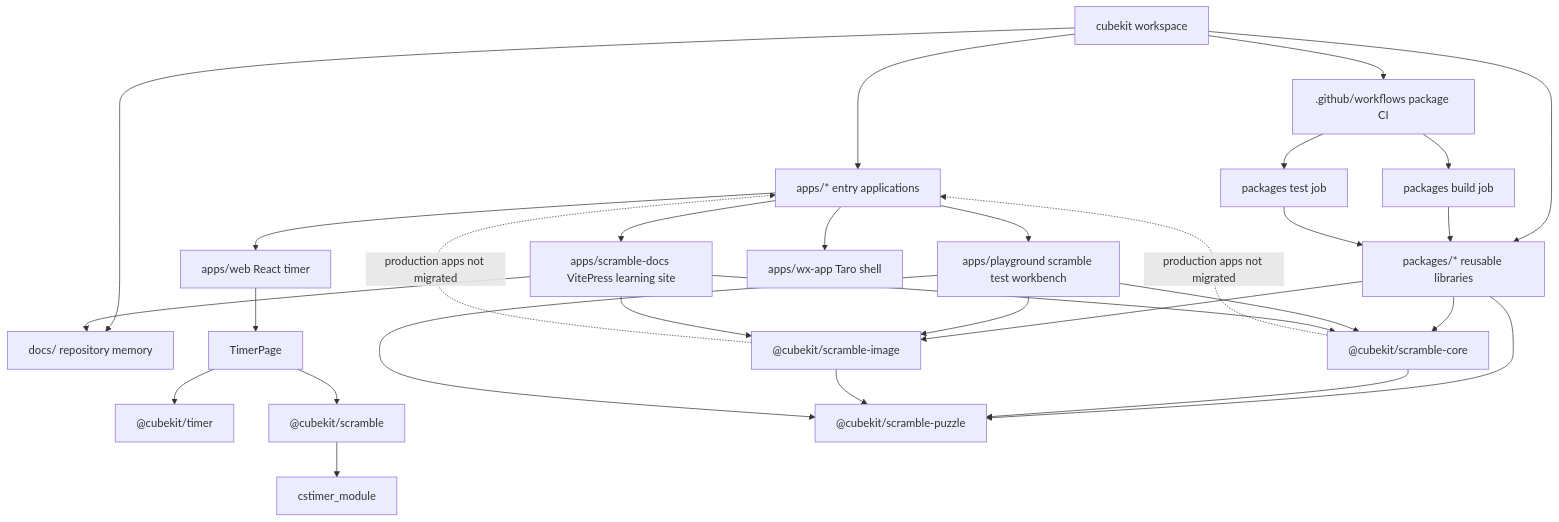
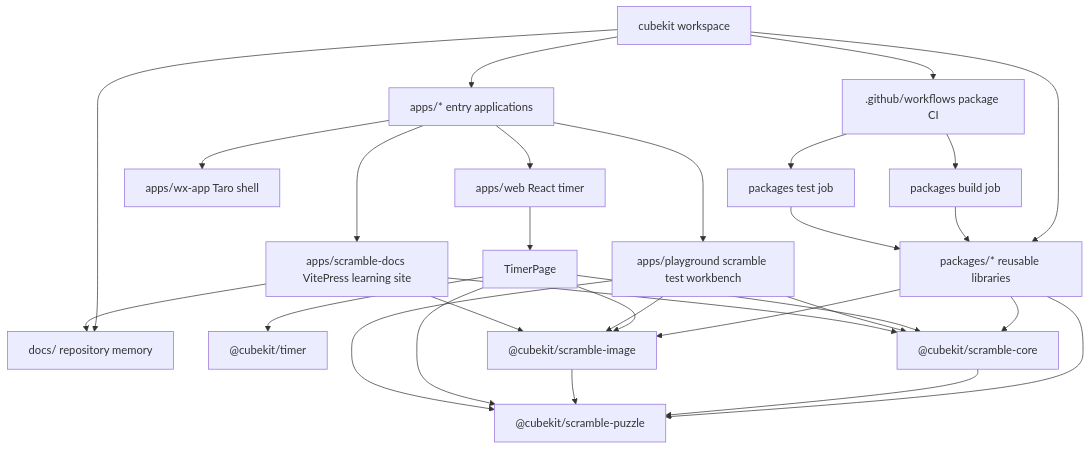
One commit to deweyou/cube-kit changed the diagram in docs/project-structure.md. Above: the diagram before and after it, drawn with Mermaid. The commit also changed other lines of this file and 42 other files, not shown here.

````diff
--- a/docs/project-structure.md
+++ b/docs/project-structure.md
@@ -3,32 +3,31 @@
 ```mermaid
 flowchart TD
     Root["cubekit workspace"] --> Apps["apps/* entry applications"]
     Root --> Packages["packages/* reusable libraries"]
     Root --> Docs["docs/ repository memory"]
     Root --> Ci[".github/workflows package CI"]
     Apps --> Web["apps/web React timer"]
     Apps --> Playground["apps/playground scramble test workbench"]
     Apps --> ScrambleDocs["apps/scramble-docs VitePress learning site"]
     Apps --> Wx["apps/wx-app Taro shell"]
     Web --> TimerPage["TimerPage"]
     TimerPage --> TimerPkg["@cubekit/timer"]
-    TimerPage --> ScramblePkg["@cubekit/scramble"]
-    ScramblePkg --> Cstimer["cstimer_module"]
     Packages --> PuzzlePkg["@cubekit/scramble-puzzle"]
     Packages --> CorePkg["@cubekit/scramble-core"]
     Packages --> ImagePkg["@cubekit/scramble-image"]
     CorePkg --> PuzzlePkg
     ImagePkg --> PuzzlePkg
+    TimerPage --> CorePkg
+    TimerPage --> ImagePkg
+    TimerPage --> PuzzlePkg
     Playground --> CorePkg
     Playground --> ImagePkg
     Playground --> PuzzlePkg
     ScrambleDocs --> CorePkg
     ScrambleDocs --> ImagePkg
     ScrambleDocs --> Docs
-    CorePkg -. "production apps not migrated" .-> Apps
-    ImagePkg -. "production apps not migrated" .-> Apps
     Ci --> PackageBuild["packages build job"]
     Ci --> PackageTest["packages test job"]
     PackageBuild --> Packages
     PackageTest --> Packages
 ```
````
